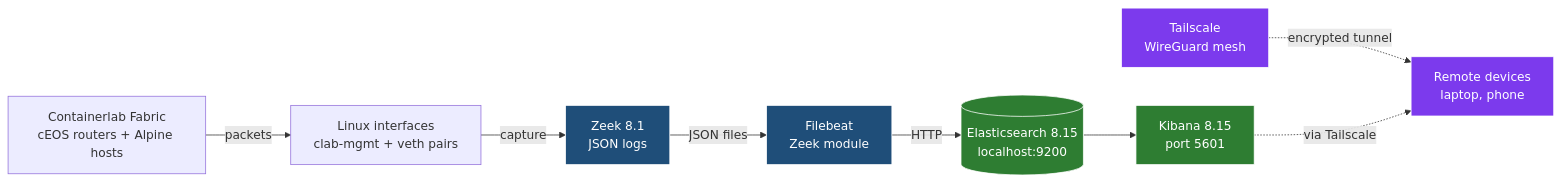
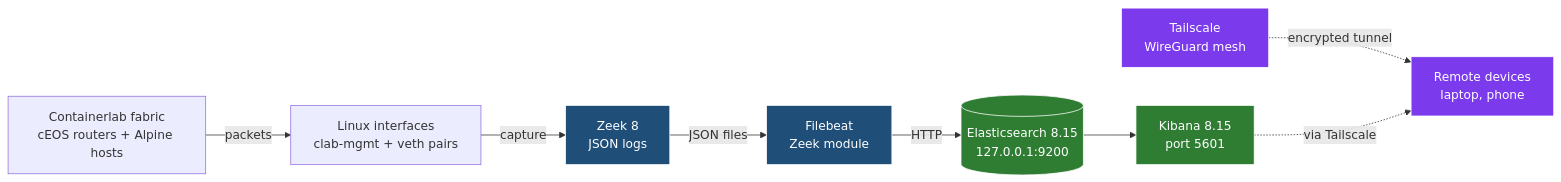
The diagram in phase4/README.md (LiamSeanRose/home-networking-lab), drawn with Mermaid before and after one commit. The commit also changed other lines of this file and 85 other files, not shown here.

````diff
--- a/phase4/README.md
+++ b/phase4/README.md
@@ -11,26 +11,26 @@
 ```mermaid
 graph LR
-  Containers[Containerlab Fabric<br/>cEOS routers + Alpine hosts]
+  Containers[Containerlab fabric<br/>cEOS routers + Alpine hosts]
   Bridge[Linux interfaces<br/>clab-mgmt + veth pairs]
-  Zeek[Zeek 8.1<br/>JSON logs]
+  Zeek[Zeek 8<br/>JSON logs]
   Filebeat[Filebeat<br/>Zeek module]
-  ES[(Elasticsearch 8.15<br/>localhost:9200)]
+  ES[(Elasticsearch 8.15<br/>127.0.0.1:9200)]
   Kibana[Kibana 8.15<br/>port 5601]
   TS[Tailscale<br/>WireGuard mesh]
   Remote[Remote devices<br/>laptop, phone]
 
   Containers -->|packets| Bridge
   Bridge -->|capture| Zeek
   Zeek -->|JSON files| Filebeat
   Filebeat -->|HTTP| ES
   ES --> Kibana
   TS -.encrypted tunnel.-> Remote
   Kibana -.via Tailscale.-> Remote
 
   classDef sensor fill:#1f4e79,stroke:#fff,color:#fff
   classDef storage fill:#2e7d32,stroke:#fff,color:#fff
   classDef access fill:#7c3aed,stroke:#fff,color:#fff
   class Zeek,Filebeat sensor
   class ES,Kibana storage
   class TS,Remote access
 ```
````
